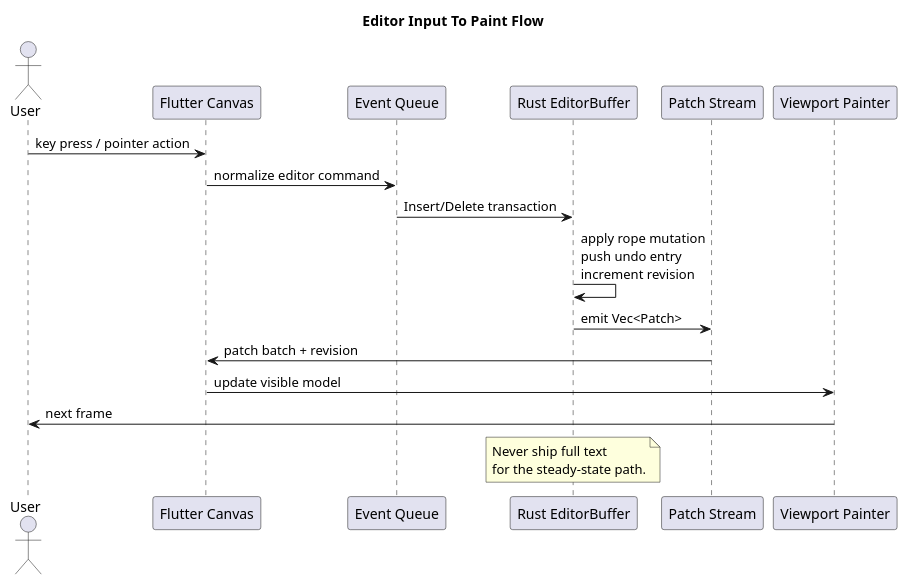
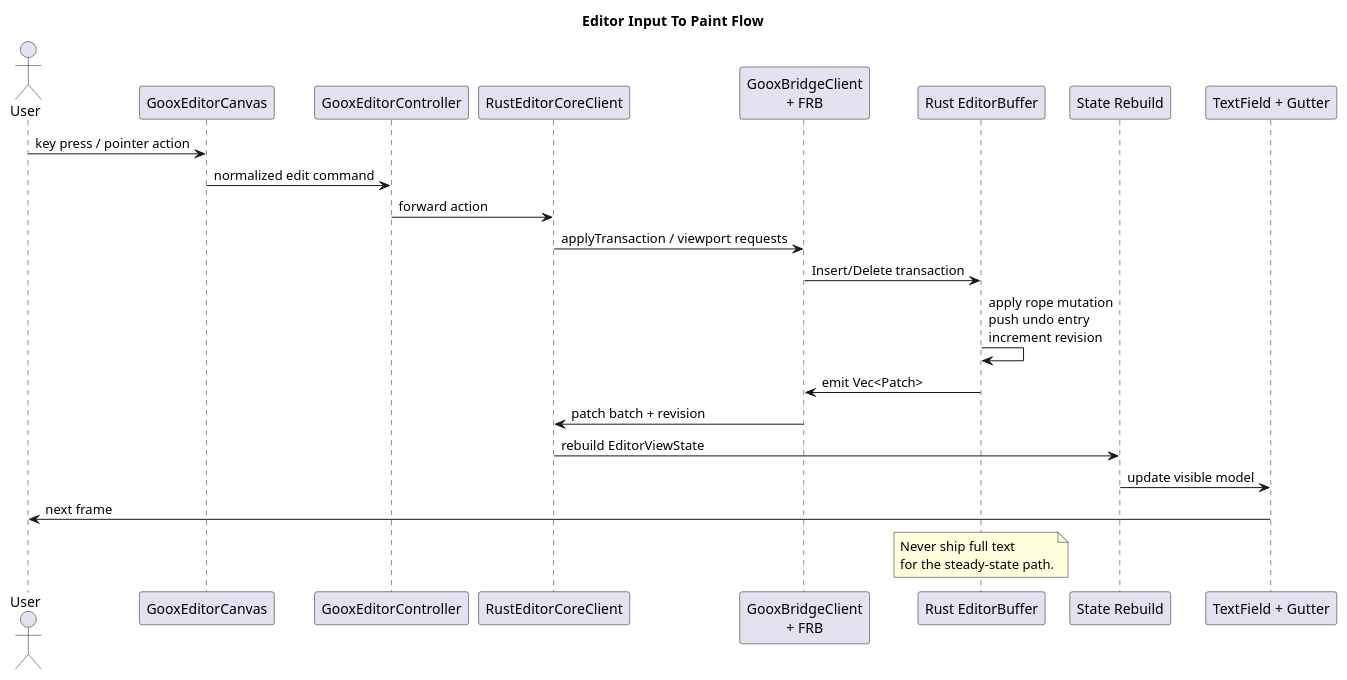
The diagram in docs/editor-event-flow.puml (loveoverflowcom/goox), drawn with PlantUML before and after one commit. The commit also changed 4 other files, not shown here.

```diff
--- a/docs/editor-event-flow.puml
+++ b/docs/editor-event-flow.puml
@@ -1,27 +1,32 @@
 @startuml
 title Editor Input To Paint Flow
 
 skinparam shadowing false
 
 actor User
-participant "Flutter Canvas" as UI
-participant "Event Queue" as Queue
+participant "GooxEditorCanvas" as UI
+participant "GooxEditorController" as Controller
+participant "RustEditorCoreClient" as Client
+participant "GooxBridgeClient\n+ FRB" as Bridge
 participant "Rust EditorBuffer" as Core
-participant "Patch Stream" as Stream
-participant "Viewport Painter" as Painter
+participant "State Rebuild" as State
+participant "TextField + Gutter" as Painter
 
 User -> UI : key press / pointer action
-UI -> Queue : normalize editor command
-Queue -> Core : Insert/Delete transaction
+UI -> Controller : normalized edit command
+Controller -> Client : forward action
+Client -> Bridge : applyTransaction / viewport requests
+Bridge -> Core : Insert/Delete transaction
 Core -> Core : apply rope mutation\npush undo entry\nincrement revision
-Core -> Stream : emit Vec<Patch>
-Stream -> UI : patch batch + revision
-UI -> Painter : update visible model
+Core -> Bridge : emit Vec<Patch>
+Bridge -> Client : patch batch + revision
+Client -> State : rebuild EditorViewState
+State -> Painter : update visible model
 Painter -> User : next frame
 
 note over Core
 Never ship full text
 for the steady-state path.
 end note
 
 @enduml
```
